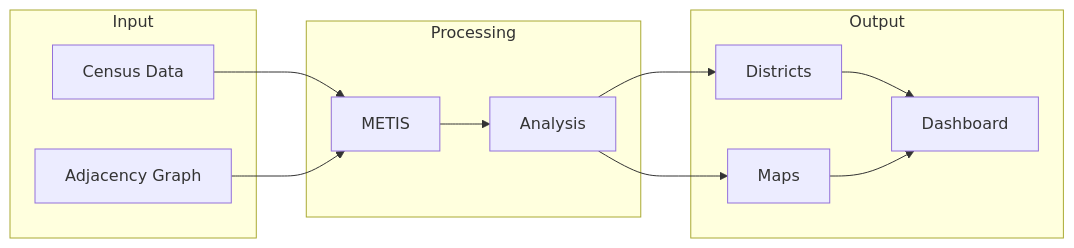
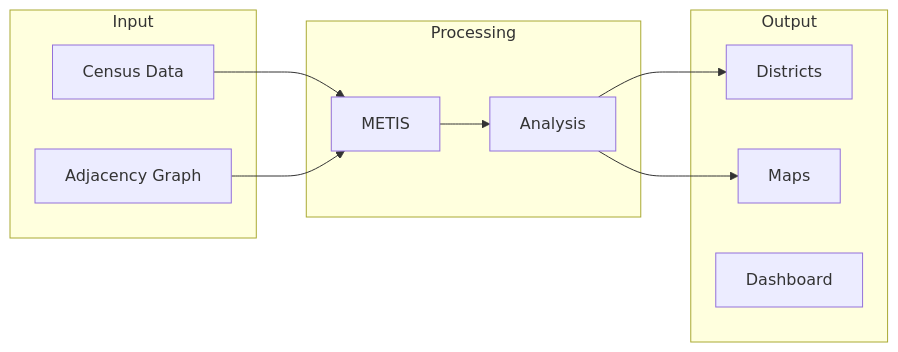
Before and after one commit to giodl73-repo/DEXTRO: the tenth of 15 diagrams in .claude/skills/create-architecture-diagram/SKILL.md, drawn with Mermaid. The commit also changed other lines of this file and 3 other files, not shown here.

````diff
--- a/.claude/skills/create-architecture-diagram/SKILL.md
+++ b/.claude/skills/create-architecture-diagram/SKILL.md
@@ -393,26 +239,24 @@
 ```mermaid
 flowchart LR
     subgraph Input
         A[Census Data]
         B[Adjacency Graph]
     end
 
     subgraph Processing
         C[METIS]
         D[Analysis]
     end
 
     subgraph Output
         E[Districts]
         F[Maps]
         G[Dashboard]
     end
 
     A --> C
     B --> C
     C --> D
     D --> E
     D --> F
-    E --> G
-    F --> G
 ```
````
